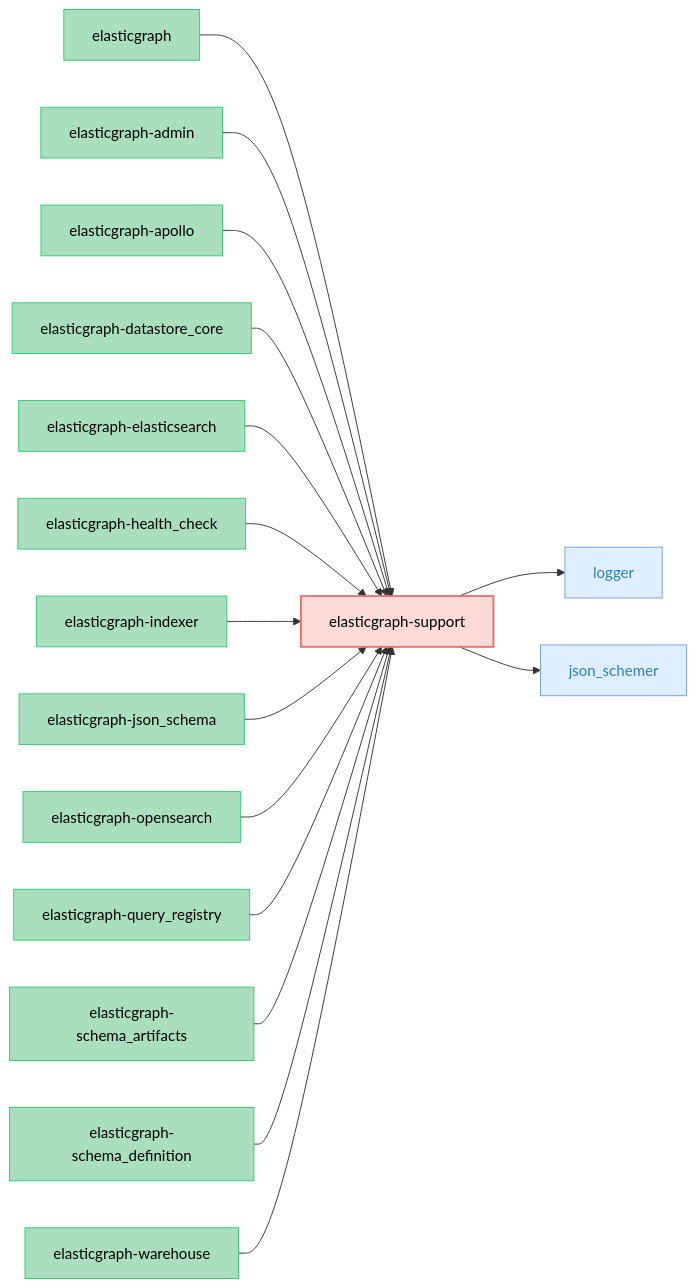
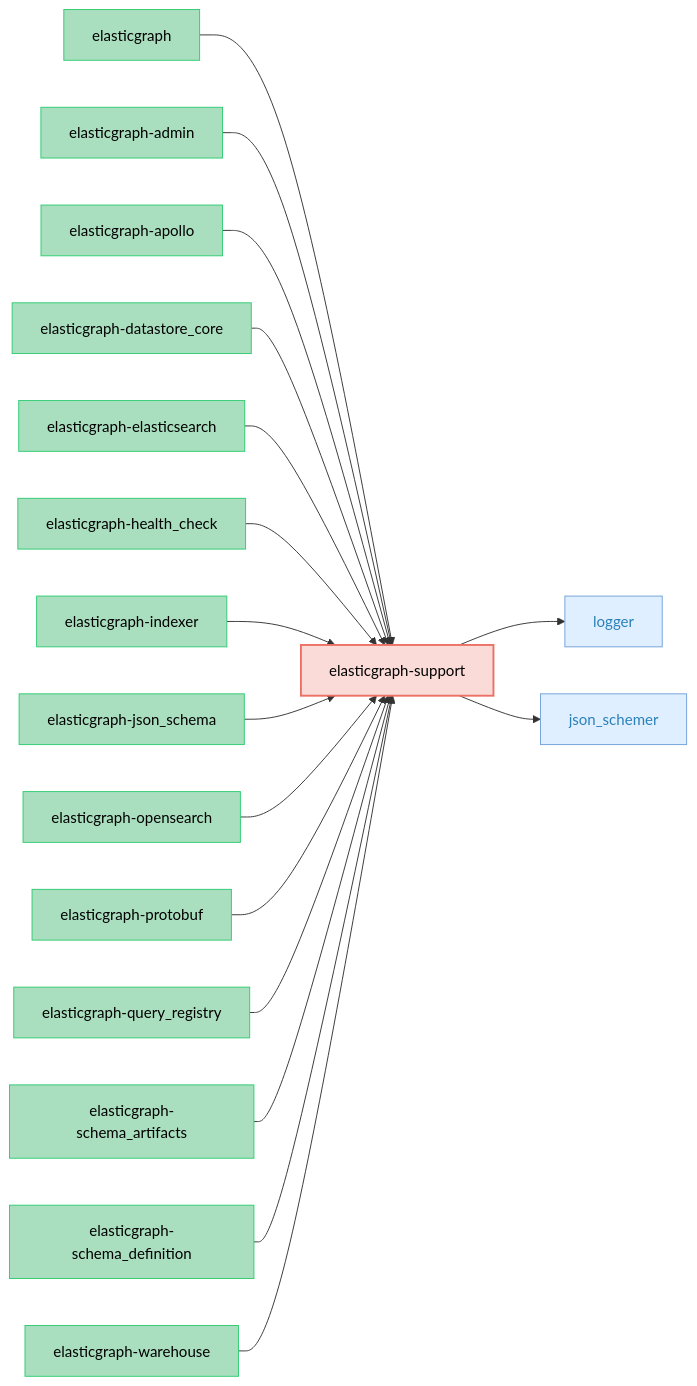
Before and after one commit to ashkan25/elasticgraph: the diagram in elasticgraph-support/README.md, drawn with Mermaid. The commit also changed 46 other files, not shown here.

Commit message:
Add elasticgraph-protobuf schema artifacts

````diff
--- a/elasticgraph-support/README.md
+++ b/elasticgraph-support/README.md
@@ -14,55 +14,58 @@
 ```mermaid
 graph LR;
     classDef targetGemStyle fill:#FADBD8,stroke:#EC7063,color:#000,stroke-width:2px;
     classDef otherEgGemStyle fill:#A9DFBF,stroke:#2ECC71,color:#000;
     classDef externalGemStyle fill:#E0EFFF,stroke:#70A1D7,color:#2980B9;
     elasticgraph-support["elasticgraph-support"];
     class elasticgraph-support targetGemStyle;
     logger["logger"];
     elasticgraph-support --> logger;
     class logger externalGemStyle;
     json_schemer["json_schemer"];
     elasticgraph-support --> json_schemer;
     class json_schemer externalGemStyle;
     elasticgraph["elasticgraph"];
     elasticgraph --> elasticgraph-support;
     class elasticgraph otherEgGemStyle;
     elasticgraph-admin["elasticgraph-admin"];
     elasticgraph-admin --> elasticgraph-support;
     class elasticgraph-admin otherEgGemStyle;
     elasticgraph-apollo["elasticgraph-apollo"];
     elasticgraph-apollo --> elasticgraph-support;
     class elasticgraph-apollo otherEgGemStyle;
     elasticgraph-datastore_core["elasticgraph-datastore_core"];
     elasticgraph-datastore_core --> elasticgraph-support;
     class elasticgraph-datastore_core otherEgGemStyle;
     elasticgraph-elasticsearch["elasticgraph-elasticsearch"];
     elasticgraph-elasticsearch --> elasticgraph-support;
     class elasticgraph-elasticsearch otherEgGemStyle;
     elasticgraph-health_check["elasticgraph-health_check"];
     elasticgraph-health_check --> elasticgraph-support;
     class elasticgraph-health_check otherEgGemStyle;
     elasticgraph-indexer["elasticgraph-indexer"];
     elasticgraph-indexer --> elasticgraph-support;
     class elasticgraph-indexer otherEgGemStyle;
     elasticgraph-json_schema["elasticgraph-json_schema"];
     elasticgraph-json_schema --> elasticgraph-support;
     class elasticgraph-json_schema otherEgGemStyle;
     elasticgraph-opensearch["elasticgraph-opensearch"];
     elasticgraph-opensearch --> elasticgraph-support;
     class elasticgraph-opensearch otherEgGemStyle;
+    elasticgraph-protobuf["elasticgraph-protobuf"];
+    elasticgraph-protobuf --> elasticgraph-support;
+    class elasticgraph-protobuf otherEgGemStyle;
     elasticgraph-query_registry["elasticgraph-query_registry"];
     elasticgraph-query_registry --> elasticgraph-support;
     class elasticgraph-query_registry otherEgGemStyle;
     elasticgraph-schema_artifacts["elasticgraph-schema_artifacts"];
     elasticgraph-schema_artifacts --> elasticgraph-support;
     class elasticgraph-schema_artifacts otherEgGemStyle;
     elasticgraph-schema_definition["elasticgraph-schema_definition"];
     elasticgraph-schema_definition --> elasticgraph-support;
     class elasticgraph-schema_definition otherEgGemStyle;
     elasticgraph-warehouse["elasticgraph-warehouse"];
     elasticgraph-warehouse --> elasticgraph-support;
     class elasticgraph-warehouse otherEgGemStyle;
     click logger href "https://rubygems.org/gems/logger" "Open on RubyGems.org" _blank;
     click json_schemer href "https://rubygems.org/gems/json_schemer" "Open on RubyGems.org" _blank;
 ```
````
